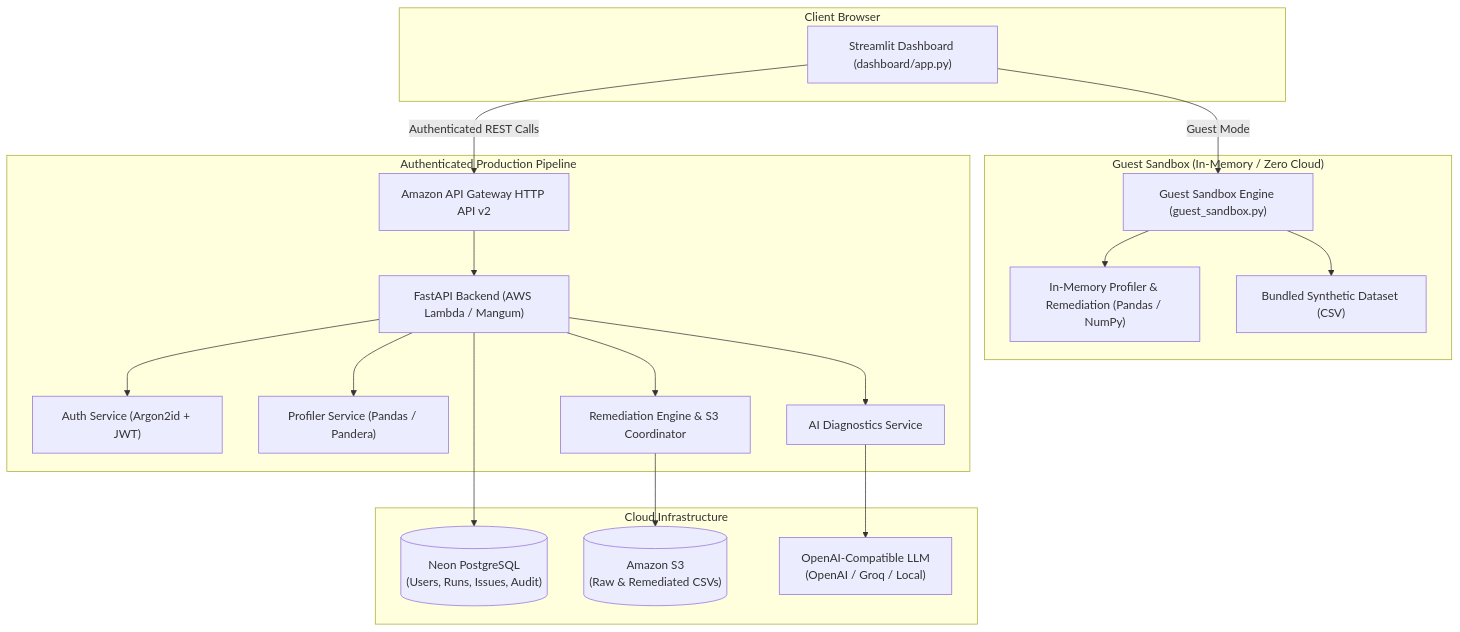
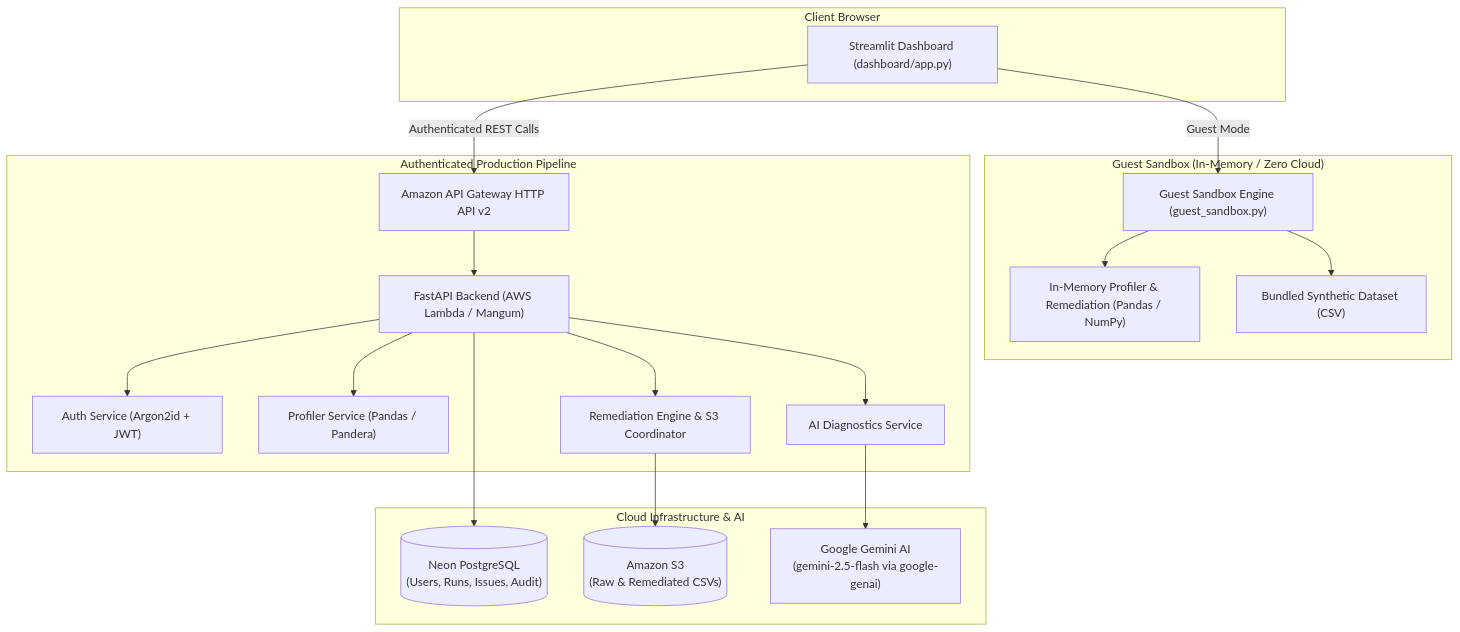
The diagram in README.md (Kavyansh180/DataPulse-AI), drawn with Mermaid before and after one commit. The commit also changed other lines of this file and 14 other files, not shown here.

First line of the commit message:
fix(ci): add mangum dependency and integrate Google Gemini AI diagnostics

````diff
--- a/README.md
+++ b/README.md
@@ -45,41 +45,41 @@
 ```mermaid
 flowchart TD
     subgraph Client ["Client Browser"]
         UI["Streamlit Dashboard (dashboard/app.py)"]
     end
 
     subgraph GuestPath ["Guest Sandbox (In-Memory / Zero Cloud)"]
         GS["Guest Sandbox Engine (guest_sandbox.py)"]
         RE_Mem["In-Memory Profiler & Remediation (Pandas / NumPy)"]
         Sample["Bundled Synthetic Dataset (CSV)"]
         UI -->|"Guest Mode"| GS
         GS --> RE_Mem
         GS --> Sample
     end
 
     subgraph ProductionPath ["Authenticated Production Pipeline"]
         Gateway["Amazon API Gateway HTTP API v2"]
         Lambda["FastAPI Backend (AWS Lambda / Mangum)"]
         Auth["Auth Service (Argon2id + JWT)"]
         Profiler["Profiler Service (Pandas / Pandera)"]
         Remediation["Remediation Engine & S3 Coordinator"]
         AIDiag["AI Diagnostics Service"]
         
         UI -->|"Authenticated REST Calls"| Gateway
         Gateway --> Lambda
         Lambda --> Auth
         Lambda --> Profiler
         Lambda --> Remediation
         Lambda --> AIDiag
     end
 
-    subgraph Storage ["Cloud Infrastructure"]
+    subgraph Storage ["Cloud Infrastructure & AI"]
         NeonDB[("Neon PostgreSQL\n(Users, Runs, Issues, Audit)")]
         S3Bucket[("Amazon S3\n(Raw & Remediated CSVs)")]
-        LLMProvider["OpenAI-Compatible LLM\n(OpenAI / Groq / Local)"]
+        GeminiAI["Google Gemini AI\n(gemini-2.5-flash via google-genai)"]
         
         Lambda --> NeonDB
         Remediation --> S3Bucket
-        AIDiag --> LLMProvider
+        AIDiag --> GeminiAI
     end
 ```
````
